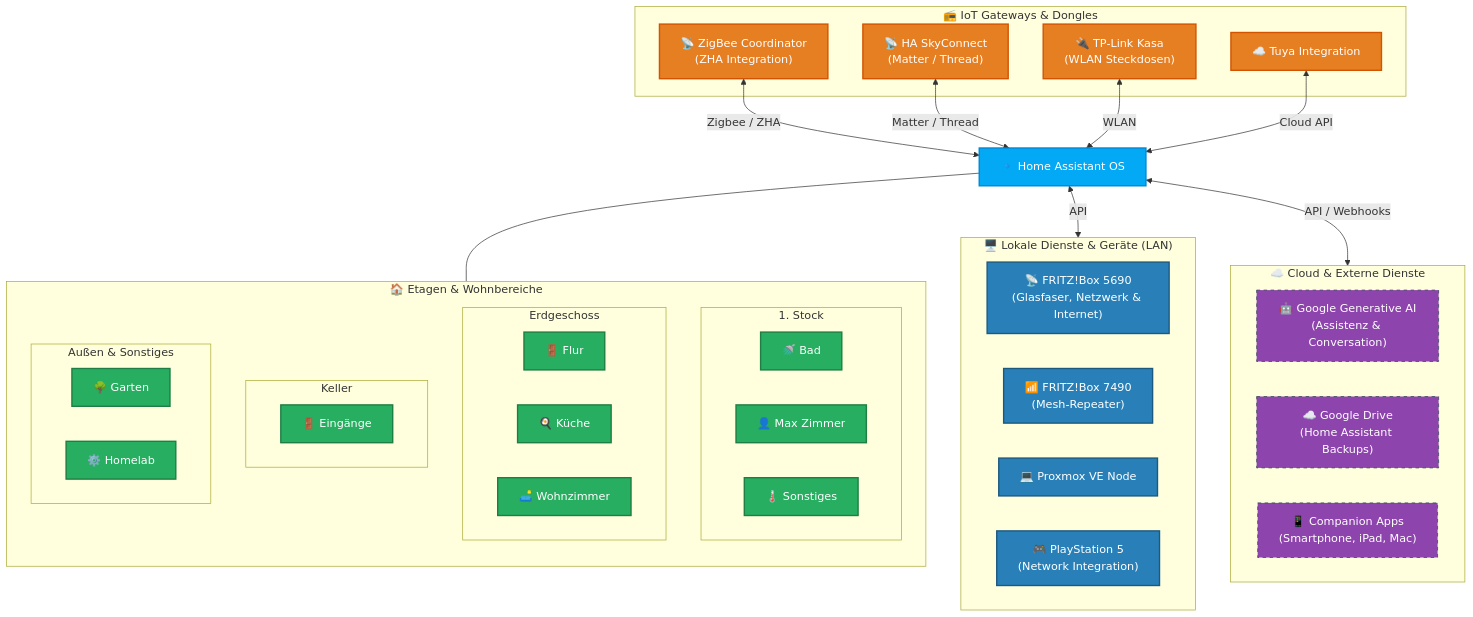
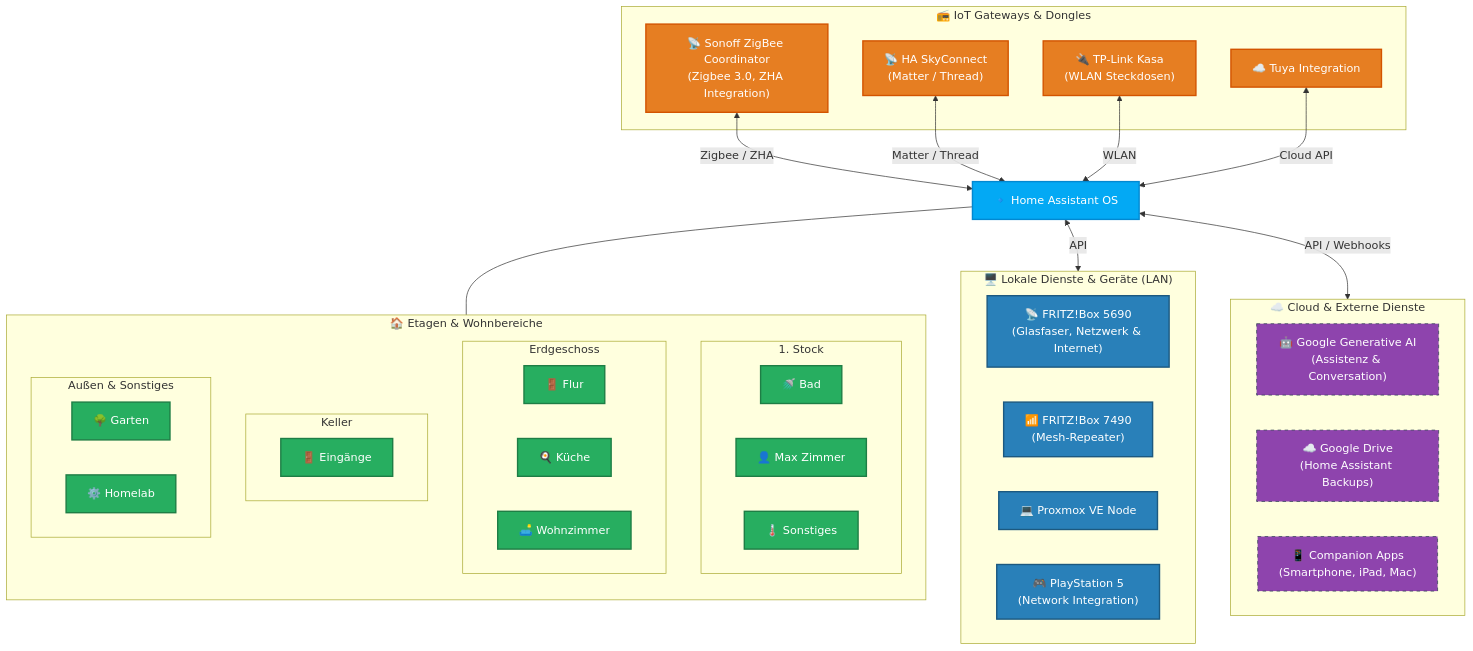
One commit to mxpfister/homelab-architecture changed the sixth of 7 diagrams in README.md. Above: the diagram before and after it, drawn with Mermaid.

Commit message:
Specify Sonoff Zigbee 3.0 coordinator in Leinach README

````diff
--- a/README.md
+++ b/README.md
@@ -284,62 +284,62 @@
 ```mermaid
     graph TD
         classDef core fill:#03a9f4,stroke:#0288d1,stroke-width:2px,color:#fff;
         classDef hw fill:#e67e22,stroke:#d35400,stroke-width:2px,color:#fff;
         classDef net fill:#2980b9,stroke:#1c5980,stroke-width:2px,color:#fff;
         classDef cloud fill:#8e44ad,stroke:#2c3e50,stroke-dasharray: 5 5,color:#fff;
         classDef area fill:#27ae60,stroke:#1e7e45,stroke-width:2px,color:#fff;
     
         HA["🔹 Home Assistant OS"]:::core
     
         subgraph Floors ["🏠 Etagen & Wohnbereiche"]
             direction TB
             subgraph F_1 ["1. Stock"]
                 Bad["🚿 Bad"]:::area
                 MaxZimmer["👤 Max Zimmer"]:::area
                 Sonstiges["🌡️ Sonstiges"]:::area
             end
             subgraph F_0 ["Erdgeschoss"]
                 Flur["🚪 Flur"]:::area
                 Kueche["🍳 Küche"]:::area
                 Wohnzimmer["🛋️ Wohnzimmer"]:::area
             end
             subgraph F_K ["Keller"]
                 KellerArea["🚪 Eingänge"]:::area
             end
             subgraph F_Out ["Außen & Sonstiges"]
                 Garten["🌳 Garten"]:::area
                 HomelabArea["⚙️ Homelab"]:::area
             end
         end
 
         subgraph IoT ["📻 IoT Gateways & Dongles"]
-            ZigbeeCoordinator["📡 ZigBee Coordinator<br>(ZHA Integration)"]:::hw
+            ZigbeeCoordinator["📡 Sonoff ZigBee Coordinator<br>(Zigbee 3.0, ZHA Integration)"]:::hw
             SkyConnect["📡 HA SkyConnect<br>(Matter / Thread)"]:::hw
             TP_Link["🔌 TP-Link Kasa<br>(WLAN Steckdosen)"]:::hw
             Tuya["☁️ Tuya Integration"]:::hw
         end
 
         subgraph LocalNet ["🖥️ Lokale Dienste & Geräte (LAN)"]
             FritzMain["📡 FRITZ!Box 5690<br>(Glasfaser, Netzwerk & Internet)"]:::net
             FritzMesh["📶 FRITZ!Box 7490<br>(Mesh-Repeater)"]:::net
             PVE["💻 Proxmox VE Node"]:::net
             PS5["🎮 PlayStation 5<br>(Network Integration)"]:::net
         end
 
         subgraph Cloud ["☁️ Cloud & Externe Dienste"]
             G_AI["🤖 Google Generative AI<br>(Assistenz & Conversation)"]:::cloud
             G_Drive["☁️ Google Drive<br>(Home Assistant Backups)"]:::cloud
             Mobile["📱 Companion Apps<br>(Smartphone, iPad, Mac)"]:::cloud
         end
 
         %% Verbindungen
         HA --- Floors
         
         ZigbeeCoordinator <-->|Zigbee / ZHA| HA
         SkyConnect <-->|Matter / Thread| HA
         TP_Link <-->|WLAN| HA
         Tuya <-->|Cloud API| HA
         
         HA <-->|API| LocalNet
         HA <-->|API / Webhooks| Cloud
 ```
````
